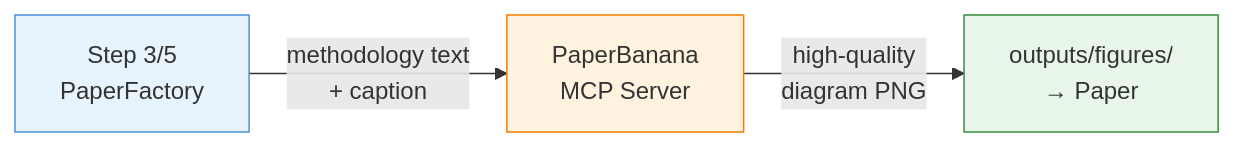
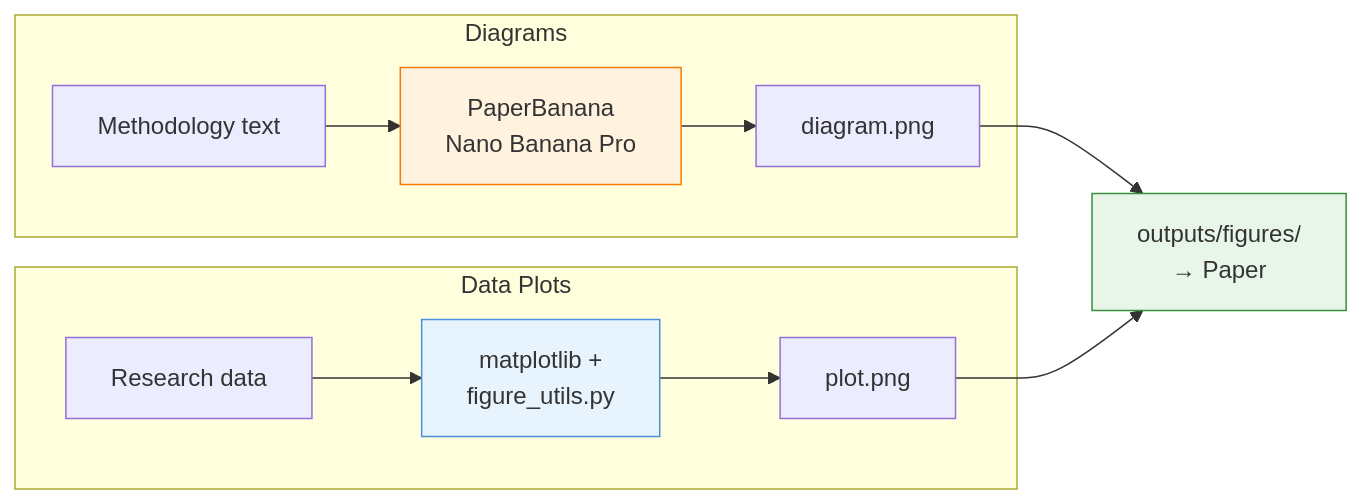
The third of 3 diagrams in README.md (concrete-sangminlee/paperfactory), drawn with Mermaid before and after one commit. The commit also changed other lines of this file, not shown here.

Commit message:
Clarify figure generation tools: PaperBanana for diagrams, matplotlib for data plots
PaperBanana (Nano Banana Pro) is only for conceptual diagrams (methodology,
framework, pipeline). Data-driven figures (scatter, boxplot, contour, etc.)
use matplotlib + figure_utils.py for numerical accuracy and reproducibility.

````diff
--- a/README.md
+++ b/README.md
@@ -218,9 +225,19 @@
 ```mermaid
 flowchart LR
-    A["Step 3/5\nPaperFactory"] -->|"methodology text\n+ caption"| B["PaperBanana\nMCP Server"]
-    B -->|"high-quality\ndiagram PNG"| C["outputs/figures/\n→ Paper"]
+    subgraph "Diagrams"
+        A1["Methodology text"] --> B1["PaperBanana\nNano Banana Pro"]
+        B1 --> C1["diagram.png"]
+    end
 
-    style A fill:#E8F4FD,stroke:#4A90D9
-    style B fill:#FFF3E0,stroke:#F57C00
-    style C fill:#E8F5E9,stroke:#388E3C
+    subgraph "Data Plots"
+        A2["Research data"] --> B2["matplotlib +\nfigure_utils.py"]
+        B2 --> C2["plot.png"]
+    end
+
+    C1 --> D["outputs/figures/\n→ Paper"]
+    C2 --> D
+
+    style B1 fill:#FFF3E0,stroke:#F57C00
+    style B2 fill:#E8F4FD,stroke:#4A90D9
+    style D fill:#E8F5E9,stroke:#388E3C
 ```
````
